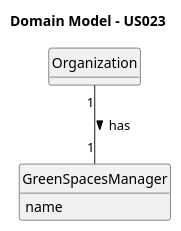
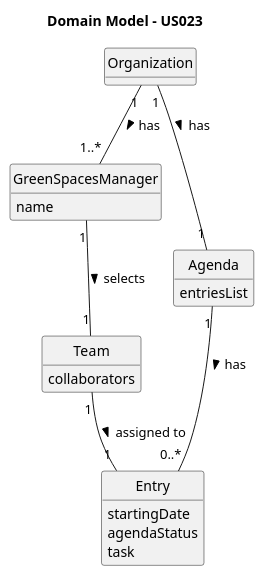
One commit to daniel41silva05/ISEP_2023_2024_LAPR2 changed the diagram in docs/sprintA&B&C/us023/02.analysis/puml/us023-domain-model.puml. Above: the diagram before and after it, drawn with PlantUML. The commit also changed 7 other files, not shown here.

Commit message:
US23 - Class Diagram and Domain Model #11

```diff
--- a/docs/sprintA&B&C/us023/02.analysis/puml/us023-domain-model.puml
+++ b/docs/sprintA&B&C/us023/02.analysis/puml/us023-domain-model.puml
@@ -1,23 +1,40 @@
 @startuml
 skinparam monochrome true
 skinparam packageStyle rectangle
 skinparam shadowing false
 
 skinparam classAttributeIconSize 0
 
 hide circle
 hide methods
 
 title Domain Model - US023
 
 class Organization {
 }
 
 class GreenSpacesManager {
     name
 }
 
-Organization "1" -- "1" GreenSpacesManager : has >
+class Agenda {
+    entriesList
+}
 
+class Entry {
+    startingDate
+    agendaStatus
+    task
+}
+
+class Team {
+    collaborators
+}
+
+Organization "1" -- "1..*" GreenSpacesManager : has >
+Organization "1" -- "1" Agenda : has >
+GreenSpacesManager "1" -- "1" Team : selects  >
+Agenda "1" -- "0..*" Entry : has >
+Team "1" -- "1" Entry : assigned to >
 
 @enduml
```
